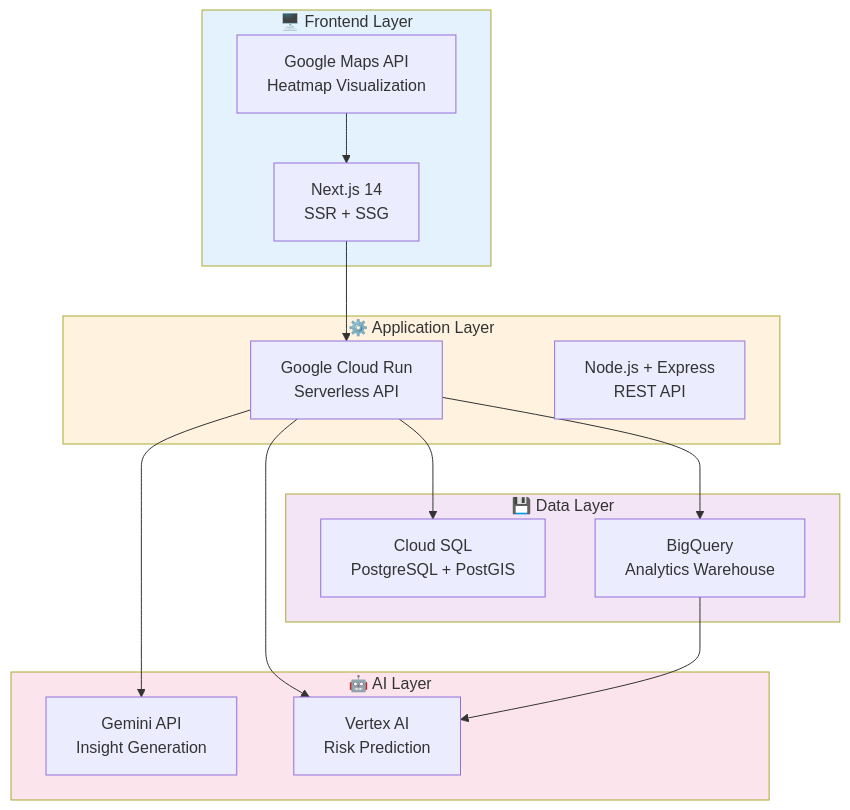
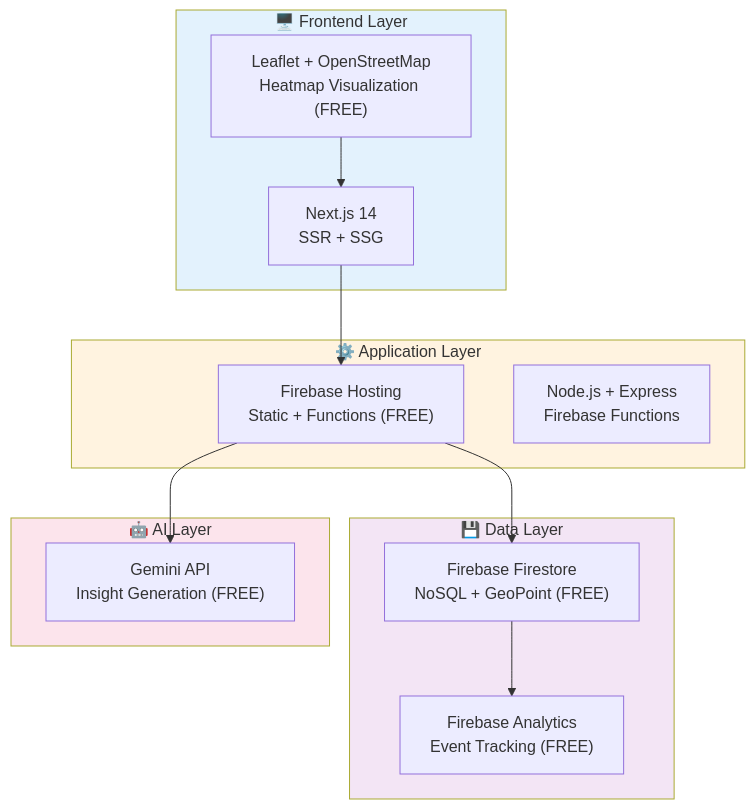
One commit to deepaksoni47/CIIS changed the first of 2 diagrams in README.md. Above: the diagram before and after it, drawn with Mermaid. The commit also changed other lines of this file and 13 other files, not shown here.

````diff
--- a/README.md
+++ b/README.md
@@ -269,35 +349,32 @@
 ```mermaid
 graph TB
     subgraph Frontend["🖥️ Frontend Layer"]
         NextJS["Next.js 14<br/>SSR + SSG"]
-        Maps["Google Maps API<br/>Heatmap Visualization"]
+        Leaflet["Leaflet + OpenStreetMap<br/>Heatmap Visualization (FREE)"]
     end
 
     subgraph Backend["⚙️ Application Layer"]
-        CloudRun["Google Cloud Run<br/>Serverless API"]
-        Express["Node.js + Express<br/>REST API"]
+        FirebaseHosting["Firebase Hosting<br/>Static + Functions (FREE)"]
+        Express["Node.js + Express<br/>Firebase Functions"]
     end
 
     subgraph Data["💾 Data Layer"]
-        CloudSQL["Cloud SQL<br/>PostgreSQL + PostGIS"]
-        BigQuery["BigQuery<br/>Analytics Warehouse"]
+        Firestore["Firebase Firestore<br/>NoSQL + GeoPoint (FREE)"]
+        FirebaseAnalytics["Firebase Analytics<br/>Event Tracking (FREE)"]
     end
 
     subgraph AI["🤖 AI Layer"]
-        Gemini["Gemini API<br/>Insight Generation"]
-        Vertex["Vertex AI<br/>Risk Prediction"]
+        Gemini["Gemini API<br/>Insight Generation (FREE)"]
     end
 
-    NextJS --> CloudRun
-    Maps --> NextJS
-    CloudRun --> CloudSQL
-    CloudRun --> BigQuery
-    CloudRun --> Gemini
-    CloudRun --> Vertex
-    BigQuery --> Vertex
+    NextJS --> FirebaseHosting
+    Leaflet --> NextJS
+    FirebaseHosting --> Firestore
+    FirebaseHosting --> Gemini
+    Firestore --> FirebaseAnalytics
 
     style Frontend fill:#e3f2fd
     style Backend fill:#fff3e0
     style Data fill:#f3e5f5
     style AI fill:#fce4ec
 ```
````
